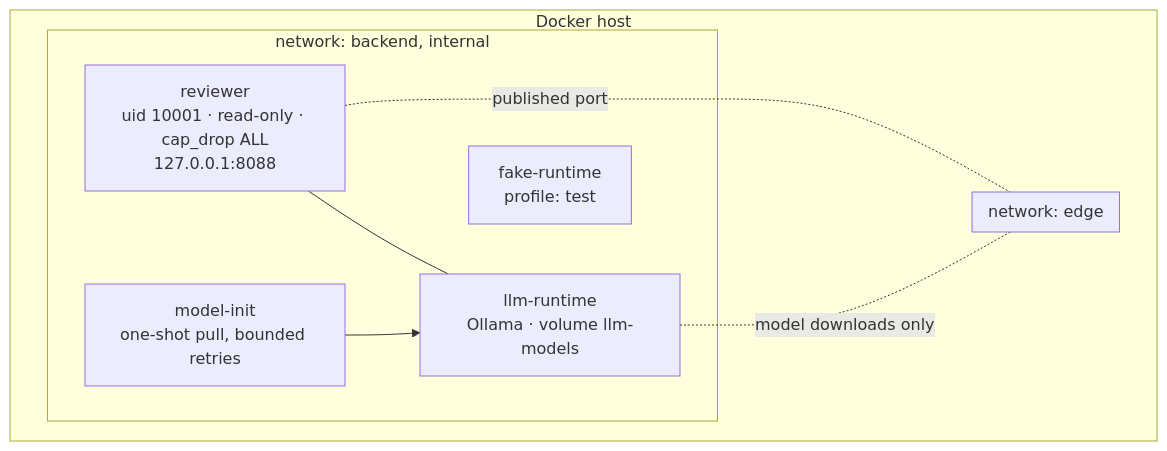
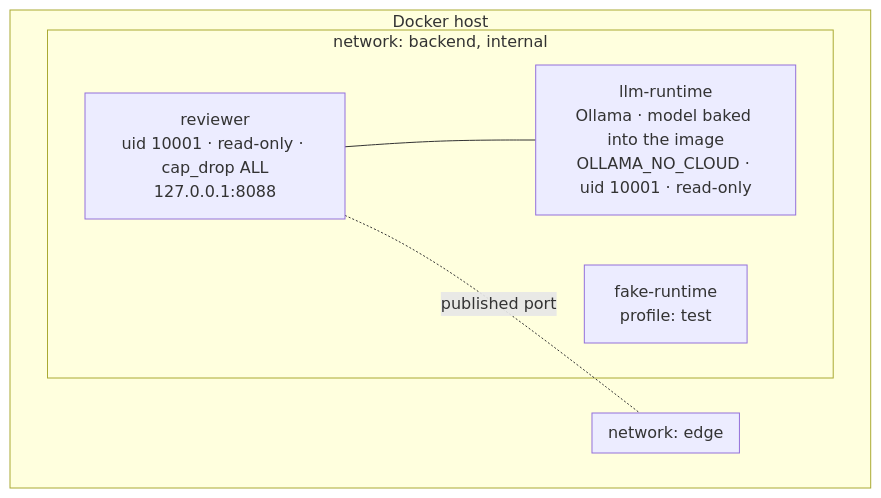
Before and after one commit to munafsheikh/ai-code-reviewers: the third of 3 diagrams in docs/architecture/overview.md, drawn with Mermaid. The commit also changed other lines of this file and 54 other files, not shown here.

First line of the commit message:
Bake models into the runtime; parallel reviews; docs site

````diff
--- a/docs/architecture/overview.md
+++ b/docs/architecture/overview.md
@@ -90,18 +90,15 @@
 ```mermaid
 flowchart TB
   subgraph host[Docker host]
     subgraph edge[network: edge]
       direction LR
     end
     subgraph backend[network: backend, internal]
       reviewer[reviewer<br/>uid 10001 · read-only · cap_drop ALL<br/>127.0.0.1:8088]
-      runtime[llm-runtime<br/>Ollama · volume llm-models]
-      init[model-init<br/>one-shot pull, bounded retries]
+      runtime[llm-runtime<br/>Ollama · model baked into the image<br/>OLLAMA_NO_CLOUD · uid 10001 · read-only]
       fake[fake-runtime<br/>profile: test]
     end
   end
   reviewer --- runtime
-  init --> runtime
-  runtime -. model downloads only .- edge
   reviewer -. published port .- edge
 ```
````
